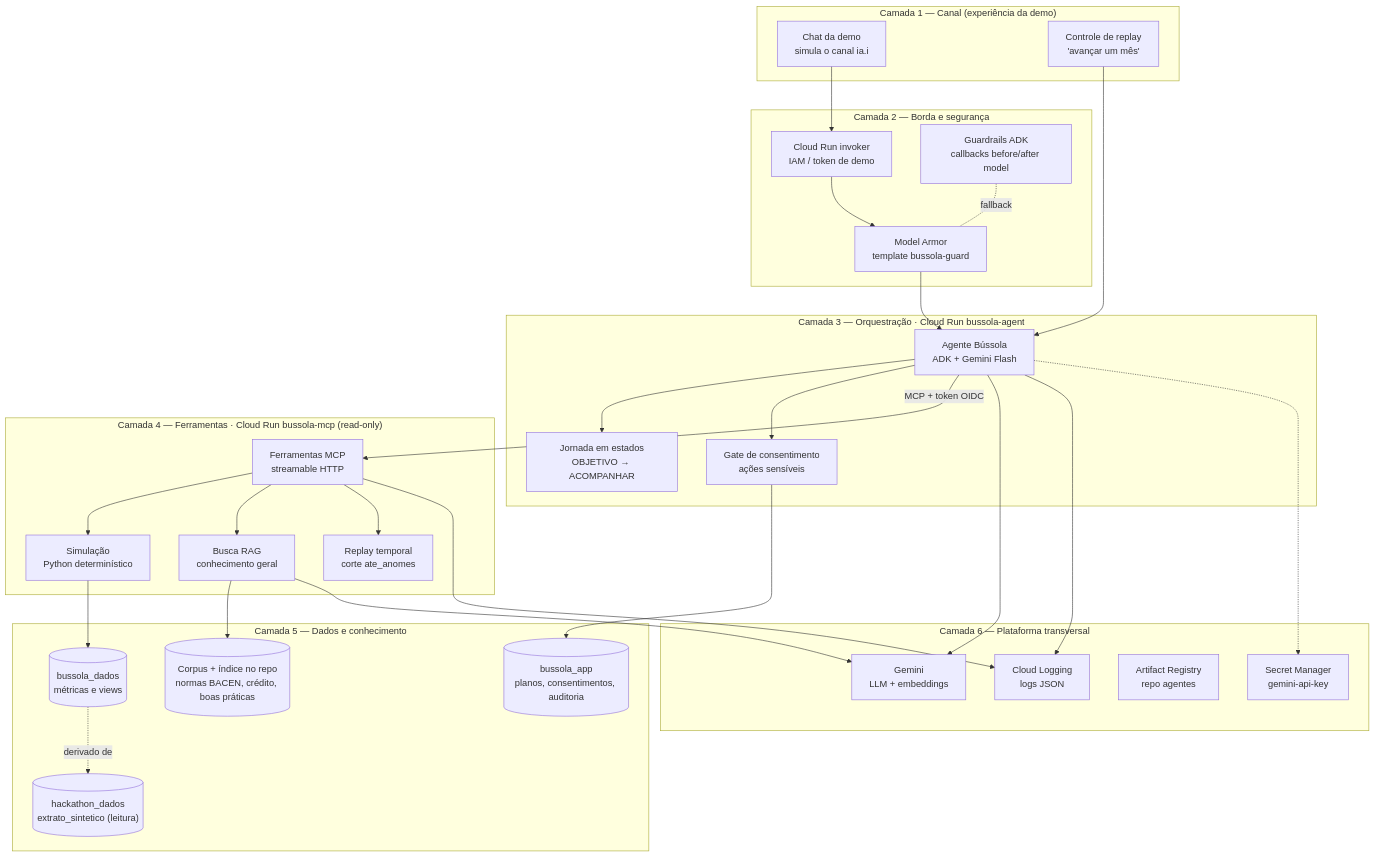
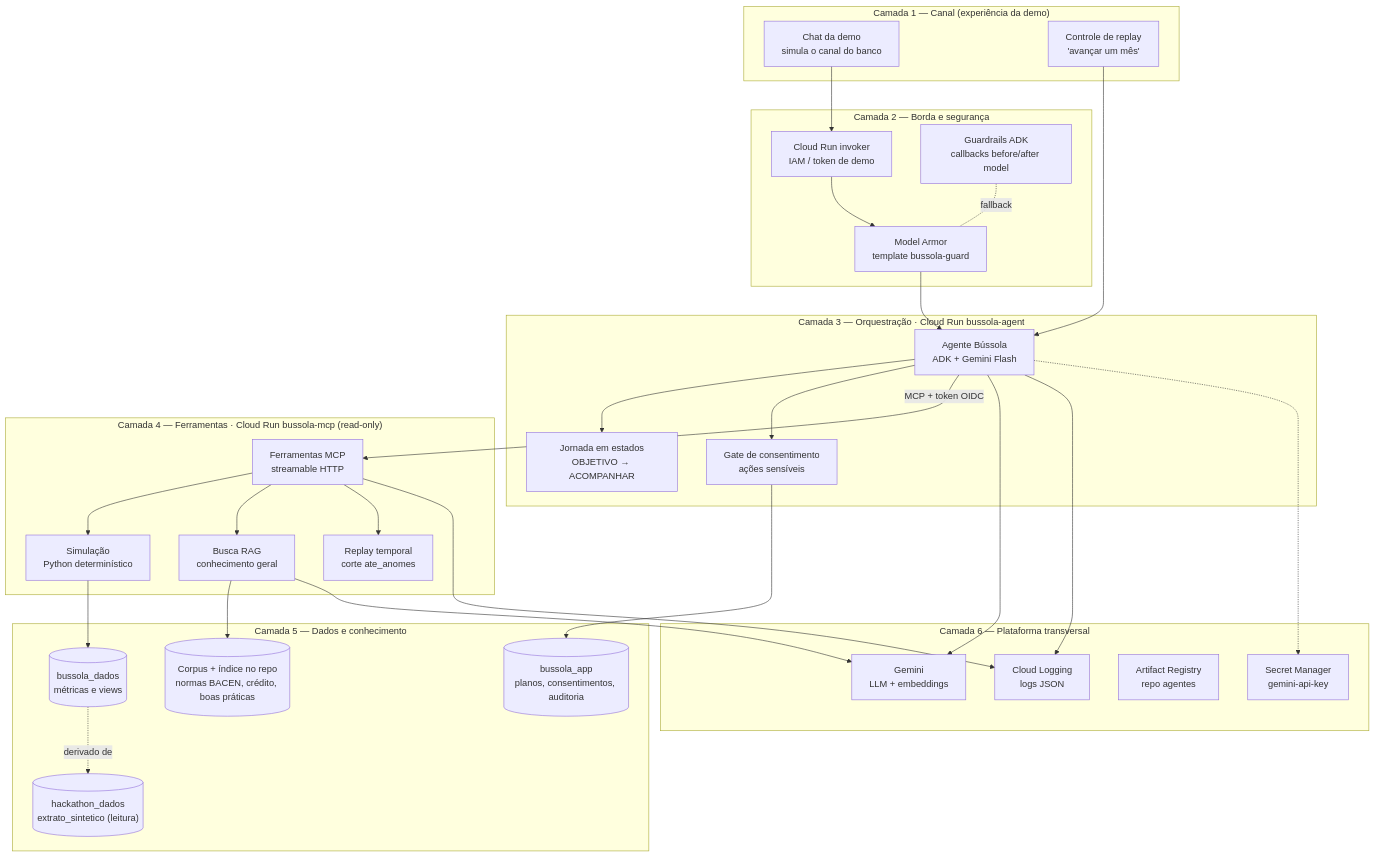
One commit to eusouakell/bussola changed the first of 2 diagrams in docs/blueprint-arquitetura.md. Above: the diagram before and after it, drawn with Mermaid. The commit also changed 75 other files, not shown here.

````diff
--- a/docs/blueprint-arquitetura.md
+++ b/docs/blueprint-arquitetura.md
@@ -10,59 +10,59 @@
 ```mermaid
 flowchart TB
     subgraph L1["Camada 1 — Canal (experiência da demo)"]
-        chat["Chat da demo<br/>simula o canal ia.i"]
+        chat["Chat da demo<br/>simula o canal do banco"]
         replay_ui["Controle de replay<br/>'avançar um mês'"]
     end
 
     subgraph L2["Camada 2 — Borda e segurança"]
         invoker["Cloud Run invoker<br/>IAM / token de demo"]
         armor["Model Armor<br/>template bussola-guard"]
         guard["Guardrails ADK<br/>callbacks before/after model"]
     end
 
     subgraph L3["Camada 3 — Orquestração · Cloud Run bussola-agent"]
         agent["Agente Bússola<br/>ADK + Gemini Flash"]
         fsm["Jornada em estados<br/>OBJETIVO → ACOMPANHAR"]
         consent["Gate de consentimento<br/>ações sensíveis"]
     end
 
     subgraph L4["Camada 4 — Ferramentas · Cloud Run bussola-mcp (read-only)"]
         tools["Ferramentas MCP<br/>streamable HTTP"]
         sim["Simulação<br/>Python determinístico"]
         rag["Busca RAG<br/>conhecimento geral"]
         cut["Replay temporal<br/>corte ate_anomes"]
     end
 
     subgraph L5["Camada 5 — Dados e conhecimento"]
         raw[("hackathon_dados<br/>extrato_sintetico (leitura)")]
         dados[("bussola_dados<br/>métricas e views")]
         app[("bussola_app<br/>planos, consentimentos, auditoria")]
         corpus[("Corpus + índice no repo<br/>normas BACEN, crédito, boas práticas")]
     end
 
     subgraph L6["Camada 6 — Plataforma transversal"]
         gemini["Gemini<br/>LLM + embeddings"]
         secrets["Secret Manager<br/>gemini-api-key"]
         ar["Artifact Registry<br/>repo agentes"]
         logs["Cloud Logging<br/>logs JSON"]
     end
 
     chat --> invoker --> armor --> agent
     guard -.fallback.- armor
     replay_ui --> agent
     agent --> fsm
     agent --> consent
     agent -->|MCP + token OIDC| tools
     tools --> sim
     tools --> rag
     tools --> cut
     sim --> dados
     rag --> corpus
     dados -.derivado de.-> raw
     consent --> app
     agent --> gemini
     rag --> gemini
     agent --> logs
     tools --> logs
     agent -.-> secrets
 ```
````
